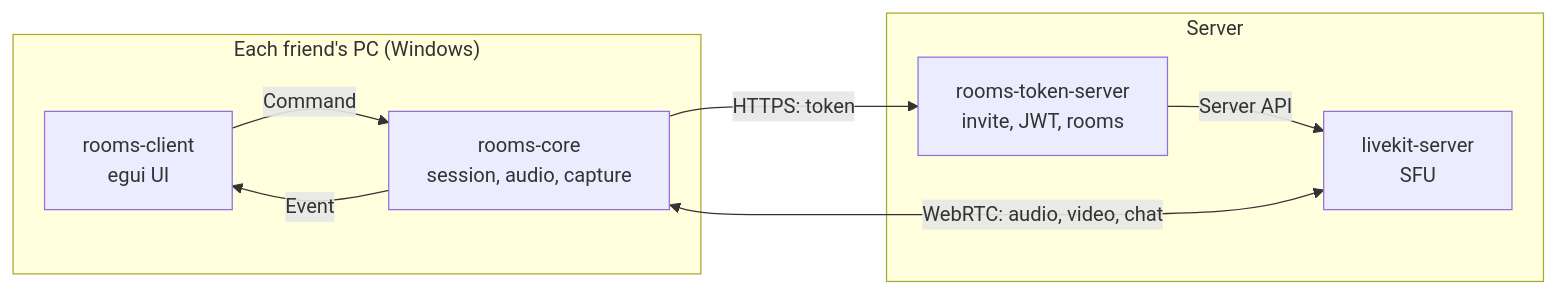
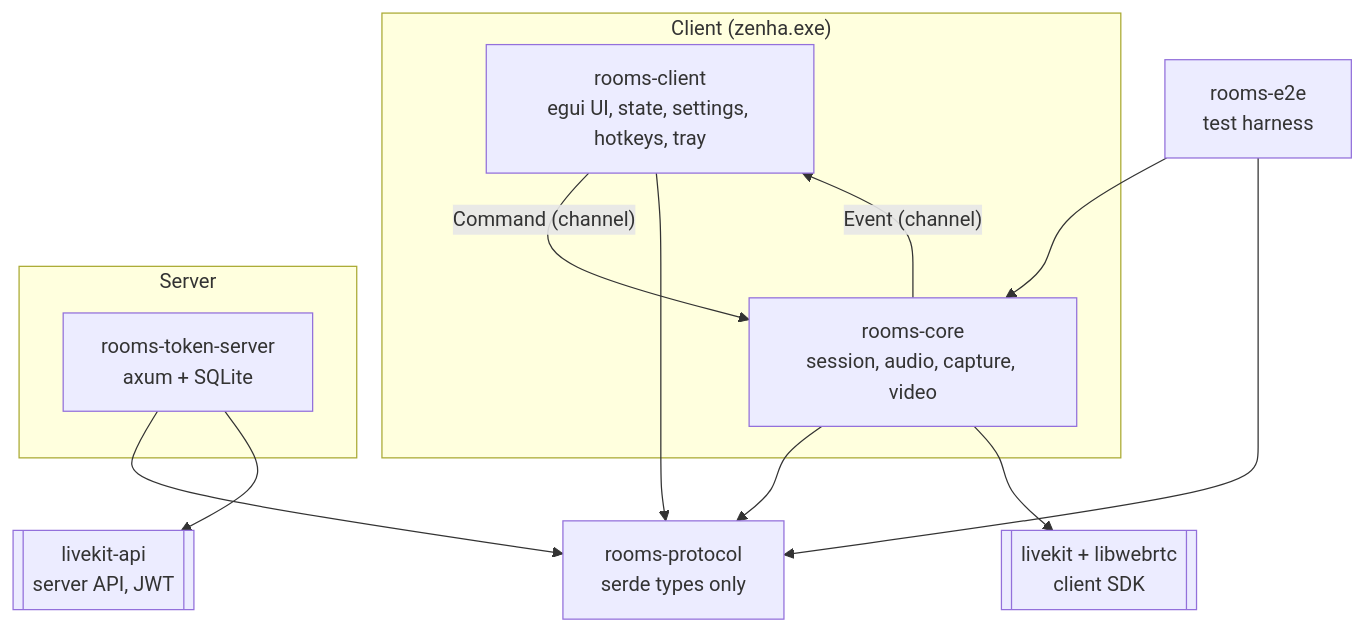
Before and after one commit to Pedroklg/zenha: the first of 2 diagrams in docs/architecture.md, drawn with Mermaid. The commit also changed other lines of this file, not shown here.

First line of the commit message:
docs: add crate boundary and join flow diagrams to the architecture

````diff
--- a/docs/architecture.md
+++ b/docs/architecture.md
@@ -3,16 +7,24 @@
 ```mermaid
-flowchart LR
-  subgraph PC["Each friend's PC (Windows)"]
-    client["rooms-client<br/>egui UI"]
-    core["rooms-core<br/>session, audio, capture"]
-    client -- Command --> core
-    core -- Event --> client
+flowchart TD
+  subgraph PC["Client (zenha.exe)"]
+    client["rooms-client<br/>egui UI, state, settings, hotkeys, tray"]
+    core["rooms-core<br/>session, audio, capture, video"]
+    client -- "Command (channel)" --> core
+    core -- "Event (channel)" --> client
   end
-  subgraph Server
-    token["rooms-token-server<br/>invite, JWT, rooms"]
-    lk["livekit-server<br/>SFU"]
-    token -- Server API --> lk
+  subgraph SRV["Server"]
+    server["rooms-token-server<br/>axum + SQLite"]
   end
-  core -- "HTTPS: token" --> token
-  core <-- "WebRTC: audio, video, chat" --> lk
+  proto["rooms-protocol<br/>serde types only"]
+  e2e["rooms-e2e<br/>test harness"]
+  sdk[["livekit + libwebrtc<br/>client SDK"]]
+  api[["livekit-api<br/>server API, JWT"]]
+
+  client --> proto
+  core --> proto
+  server --> proto
+  e2e --> core
+  e2e --> proto
+  core --> sdk
+  server --> api
 ```
````
